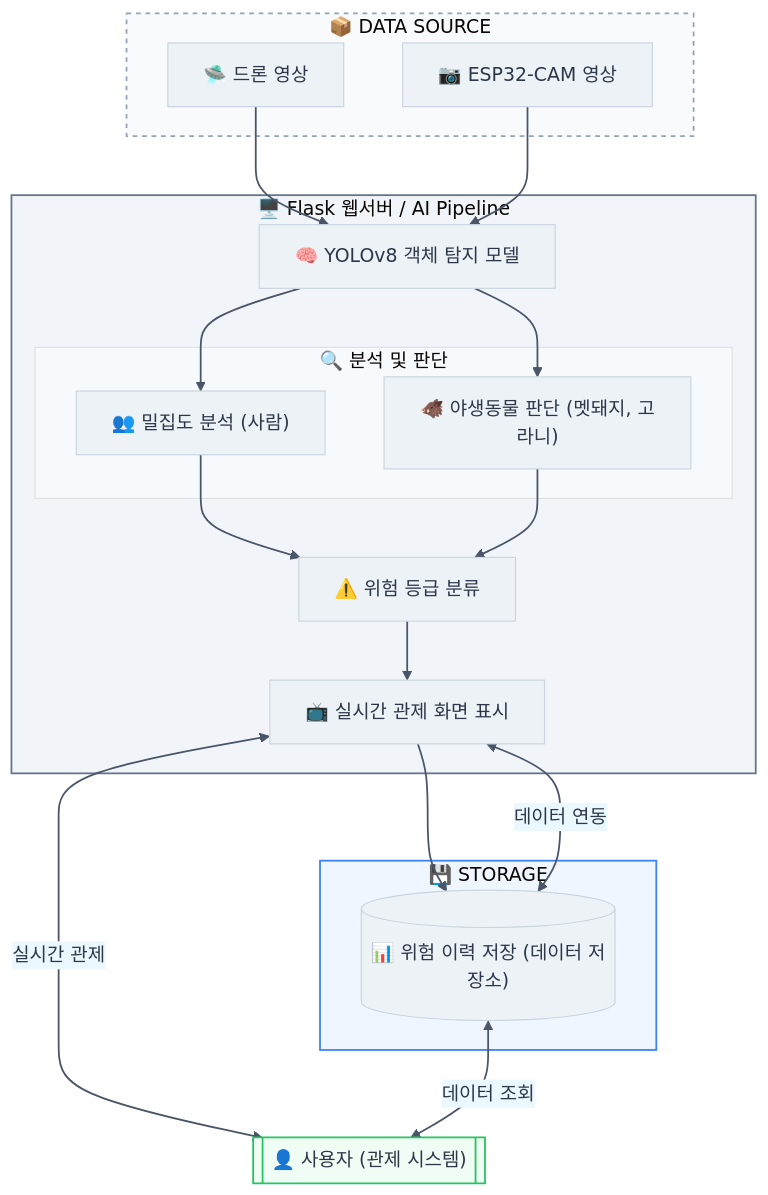
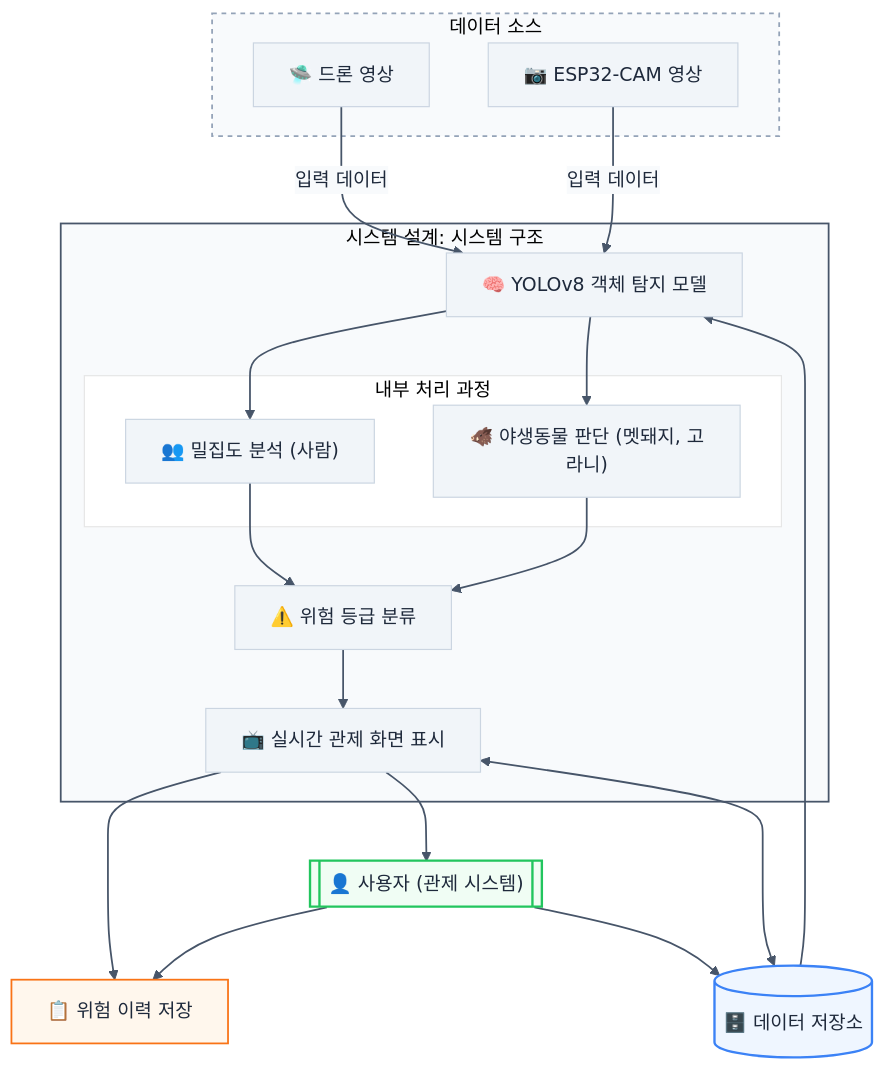
Before and after one commit to Lee-Chaeyeon/diagram: the diagram in README.md, drawn with Mermaid.

Commit message:
Update README.md
사용자 위치 정상화
데이터 저장소 분리
위험 이력 저장 독립

````diff
--- a/README.md
+++ b/README.md
@@ -3,68 +3,69 @@
 ```mermaid
 %%{init: {
   'theme': 'base',
   'themeVariables': {
-    'primaryColor': '#EDF2F7',
-    'primaryTextColor': '#2D3748',
-    'primaryBorderColor': '#CBD5E0',
-    'lineColor': '#4A5568',
-    'secondaryColor': '#EBF8FF',
-    'tertiaryColor': '#F7FAFC'
+    'primaryColor': '#F1F5F9',
+    'primaryTextColor': '#1E293B',
+    'primaryBorderColor': '#CBD5E1',
+    'lineColor': '#475569',
+    'secondaryColor': '#F8FAFC',
+    'tertiaryColor': '#FFFFFF'
   }
 }}%%
-graph TD
+graph TB
 
-%% 데이터 소스 영역
-subgraph S1["📦 DATA SOURCE"]
+%% 1. 데이터 소스 (맨 위)
+subgraph S1["데이터 소스"]
     A1["🛸 드론 영상"]
     A2["📷 ESP32-CAM 영상"]
 end
 
-%% AI 및 분석 서버 영역
-subgraph S2["🖥️ Flask 웹서버 / AI Pipeline"]
+%% 2. AI 및 관제 프로세스 (중앙 메인 라인)
+subgraph S2["시스템 설계: 시스템 구조"]
     B["🧠 YOLOv8 객체 탐지 모델"]
     
-    subgraph S2_1["🔍 분석 및 판단"]
+    subgraph S2_1["내부 처리 과정"]
         c1["👥 밀집도 분석 (사람)"]
         c2["🐗 야생동물 판단 (멧돼지, 고라니)"]
     end
     
     D["⚠️ 위험 등급 분류"]
     E["📺 실시간 관제 화면 표시"]
 end
 
-%% 저장소 영역
-subgraph S3["💾 STORAGE"]
-    F1[("📊 위험 이력 저장 (데이터 저장소)")]
-end
-
-%% 사용자 영역
+%% 3. 저장 및 사용자 영역 (우측 및 하단 배치 고정)
+F1[("🗄️ 데이터 저장소")]
+F2["📋 위험 이력 저장"]
 G[["👤 사용자 (관제 시스템)"]]
 
-%% --- 스타일 지정 ---
+%% --- 스타일 지정 (깔끔한 무채색+포인트) ---
 style S1 fill:#F8FAFC,stroke:#94A3B8,stroke-width:1.5px,stroke-dasharray: 4 4
-style S2 fill:#F1F5F9,stroke:#64748B,stroke-width:1.5px
-style S3 fill:#EFF6FF,stroke:#3B82F6,stroke-width:1.5px
-style G fill:#F0FDF4,stroke:#22C55E,stroke-width:1.5px
+style S2 fill:#F8FAFC,stroke:#475569,stroke-width:1.5px
+style F1 fill:#EFF6FF,stroke:#3B82F6,stroke-width:2px
+style F2 fill:#FFF7ED,stroke:#F97316,stroke-width:1.5px
+style G fill:#F0FDF4,stroke:#22C55E,stroke-width:2px
 
-%% --- 데이터 흐름 고정 및 연결 (선 꼬임 방지) ---
-A1 --> B
-A2 --> B
+%% --- 원본 구조도 흐름 완벽 재현 ---
+A1 -->|입력 데이터| B
+A2 -->|입력 데이터| B
 
 B --> c1
 B --> c2
 
 c1 --> D
 c2 --> D
 D --> E
 
-E --> F1
+%% 데이터 저장소 상호 연동 (좌측/중앙 연동)
+F1 <--> E
+F1 --> B
 
-%% 사용자 및 연동 흐름을 우측 배치 유도
-E <-->|실시간 관제| G
-F1 <-->|데이터 조회| G
-F1 <-->|데이터 연동| E
+%% 출력 및 사용자 흐름 (우측으로 뻗어나가는 구조)
+E --> F2
+E --> G
+G --> F1
+G --> F2
 
 %% 화살표 스타일
-linkStyle default stroke:#4A5568,stroke-width:1.5px;
+linkStyle default stroke:#475569,stroke-width:1.5px;
 ```
````
